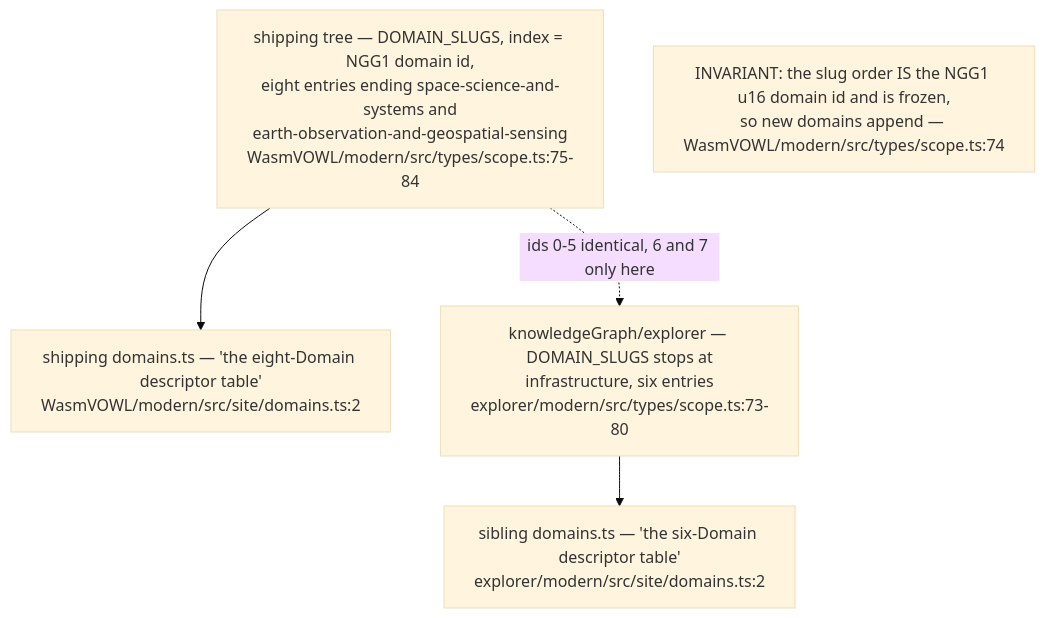
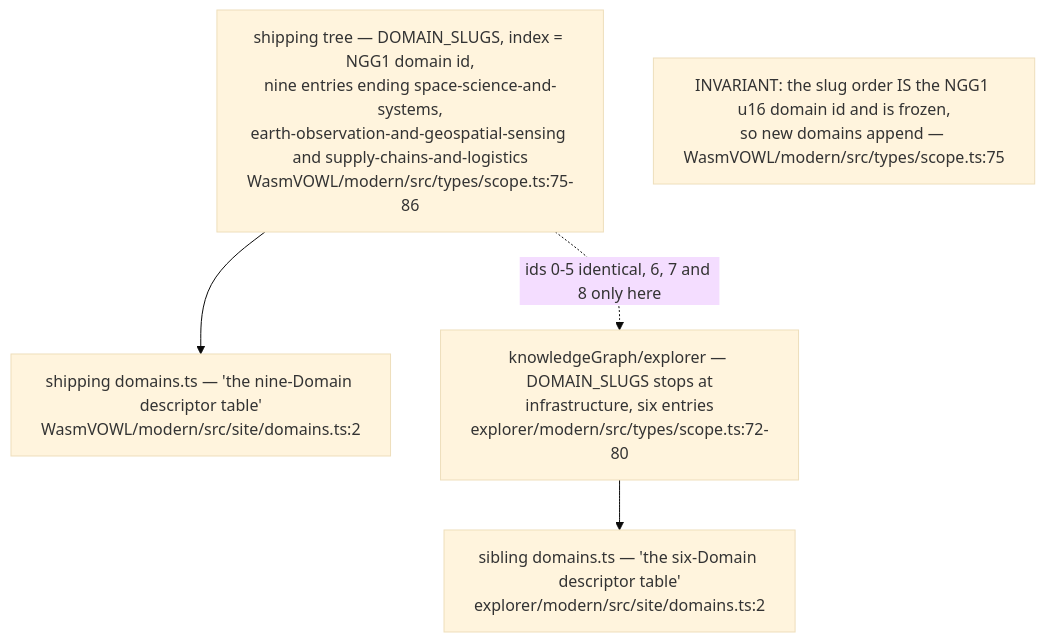
One commit to DreamLab-AI/VisionFlow changed the fifth of 5 diagrams in docs/diagrams/visiongraph/06-shipping-explorer-duplication.md. Above: the diagram before and after it, drawn with Mermaid (base theme). The commit also changed other lines of this file and 160 other files, not shown here.

````diff
--- a/docs/diagrams/visiongraph/06-shipping-explorer-duplication.md
+++ b/docs/diagrams/visiongraph/06-shipping-explorer-duplication.md
@@ -89,11 +89,11 @@
 ```mermaid
 flowchart TB
-    VGSCOPE["shipping tree — DOMAIN_SLUGS, index = NGG1 domain id,<br/>eight entries ending space-science-and-systems and<br/>earth-observation-and-geospatial-sensing<br/>WasmVOWL/modern/src/types/scope.ts:75-84"]
-    VGMETA["shipping domains.ts — 'the eight-Domain descriptor table'<br/>WasmVOWL/modern/src/site/domains.ts:2"]
-    KGSCOPE["knowledgeGraph/explorer — DOMAIN_SLUGS stops at<br/>infrastructure, six entries<br/>explorer/modern/src/types/scope.ts:73-80"]
+    VGSCOPE["shipping tree — DOMAIN_SLUGS, index = NGG1 domain id,<br/>nine entries ending space-science-and-systems,<br/>earth-observation-and-geospatial-sensing and supply-chains-and-logistics<br/>WasmVOWL/modern/src/types/scope.ts:75-86"]
+    VGMETA["shipping domains.ts — 'the nine-Domain descriptor table'<br/>WasmVOWL/modern/src/site/domains.ts:2"]
+    KGSCOPE["knowledgeGraph/explorer — DOMAIN_SLUGS stops at<br/>infrastructure, six entries<br/>explorer/modern/src/types/scope.ts:72-80"]
     KGMETA["sibling domains.ts — 'the six-Domain descriptor table'<br/>explorer/modern/src/site/domains.ts:2"]
     VGSCOPE --> VGMETA
     KGSCOPE --> KGMETA
-    VGSCOPE -.->|"ids 0-5 identical, 6 and 7 only here"| KGSCOPE
-    note1["INVARIANT: the slug order IS the NGG1 u16 domain id and is frozen,<br/>so new domains append — WasmVOWL/modern/src/types/scope.ts:74"]
+    VGSCOPE -.->|"ids 0-5 identical, 6, 7 and 8 only here"| KGSCOPE
+    note1["INVARIANT: the slug order IS the NGG1 u16 domain id and is frozen,<br/>so new domains append — WasmVOWL/modern/src/types/scope.ts:75"]
 ```
````
